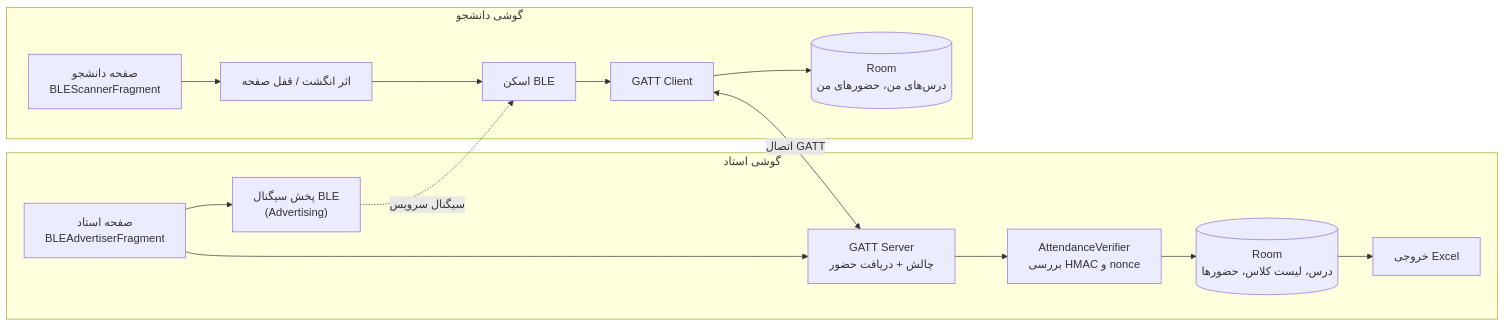
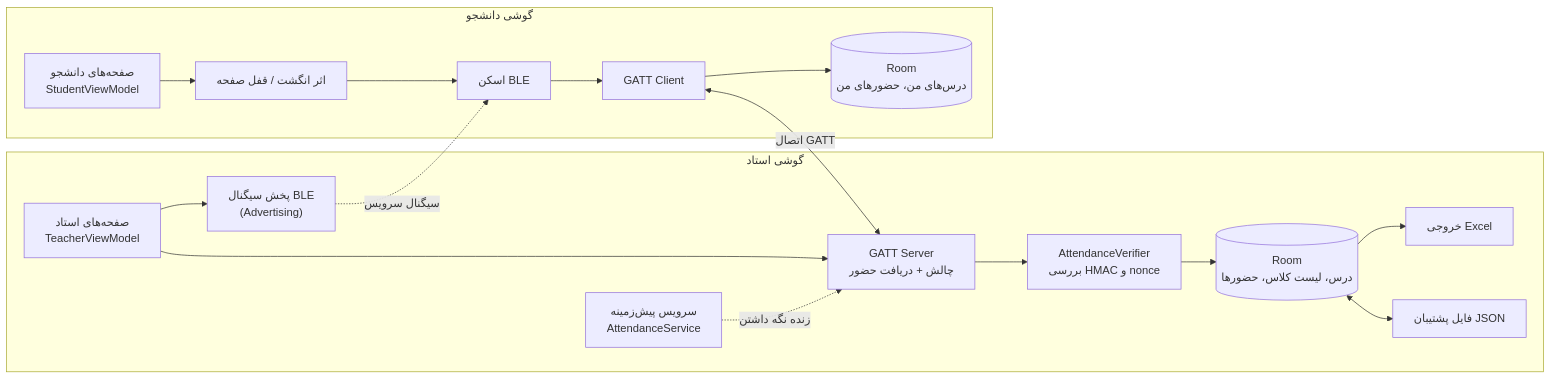
The first of 4 diagrams in docs/report.md (ali-cev-1200/Presence), drawn with Mermaid before and after one commit. The commit also changed other lines of this file and 10 other files, not shown here.

First line of the commit message:
add : پشتیبان‌گیری و بازیابی اطلاعات استاد در فایل JSON

````diff
--- a/docs/report.md
+++ b/docs/report.md
@@ -31,25 +31,29 @@
 ```mermaid
 flowchart LR
     subgraph T["گوشی استاد"]
-        TUI["صفحه استاد<br/>BLEAdvertiserFragment"]
+        TUI["صفحه‌های استاد<br/>TeacherViewModel"]
+        FGS["سرویس پیش‌زمینه<br/>AttendanceService"]
         ADV["پخش سیگنال BLE<br/>(Advertising)"]
         GS["GATT Server<br/>چالش + دریافت حضور"]
         VER["AttendanceVerifier<br/>بررسی HMAC و nonce"]
         TDB[("Room<br/>درس، لیست کلاس، حضورها")]
         XLS["خروجی Excel"]
+        BAK["فایل پشتیبان JSON"]
         TUI --> ADV
         TUI --> GS --> VER --> TDB
+        FGS -. "زنده نگه داشتن" .-> GS
         TDB --> XLS
+        TDB <--> BAK
     end
     subgraph S["گوشی دانشجو"]
-        SUI["صفحه دانشجو<br/>BLEScannerFragment"]
+        SUI["صفحه‌های دانشجو<br/>StudentViewModel"]
         BIO["اثر انگشت / قفل صفحه"]
         SCAN["اسکن BLE"]
         GC["GATT Client"]
         SDB[("Room<br/>درس‌های من، حضورهای من")]
         SUI --> BIO --> SCAN --> GC
         GC --> SDB
     end
     ADV -. "سیگنال سرویس" .-> SCAN
     GC <-- "اتصال GATT" --> GS
 ```
````
